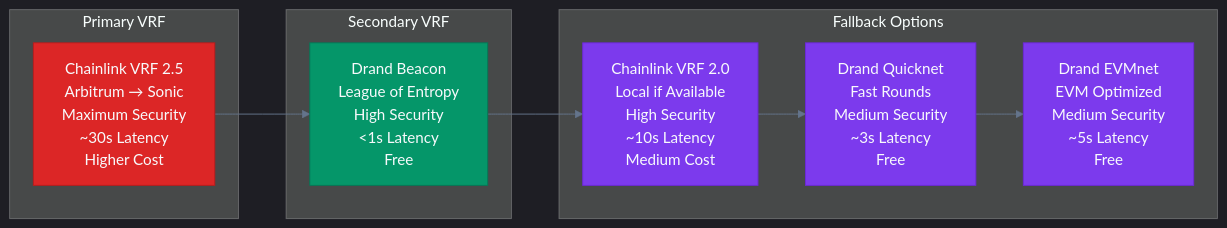
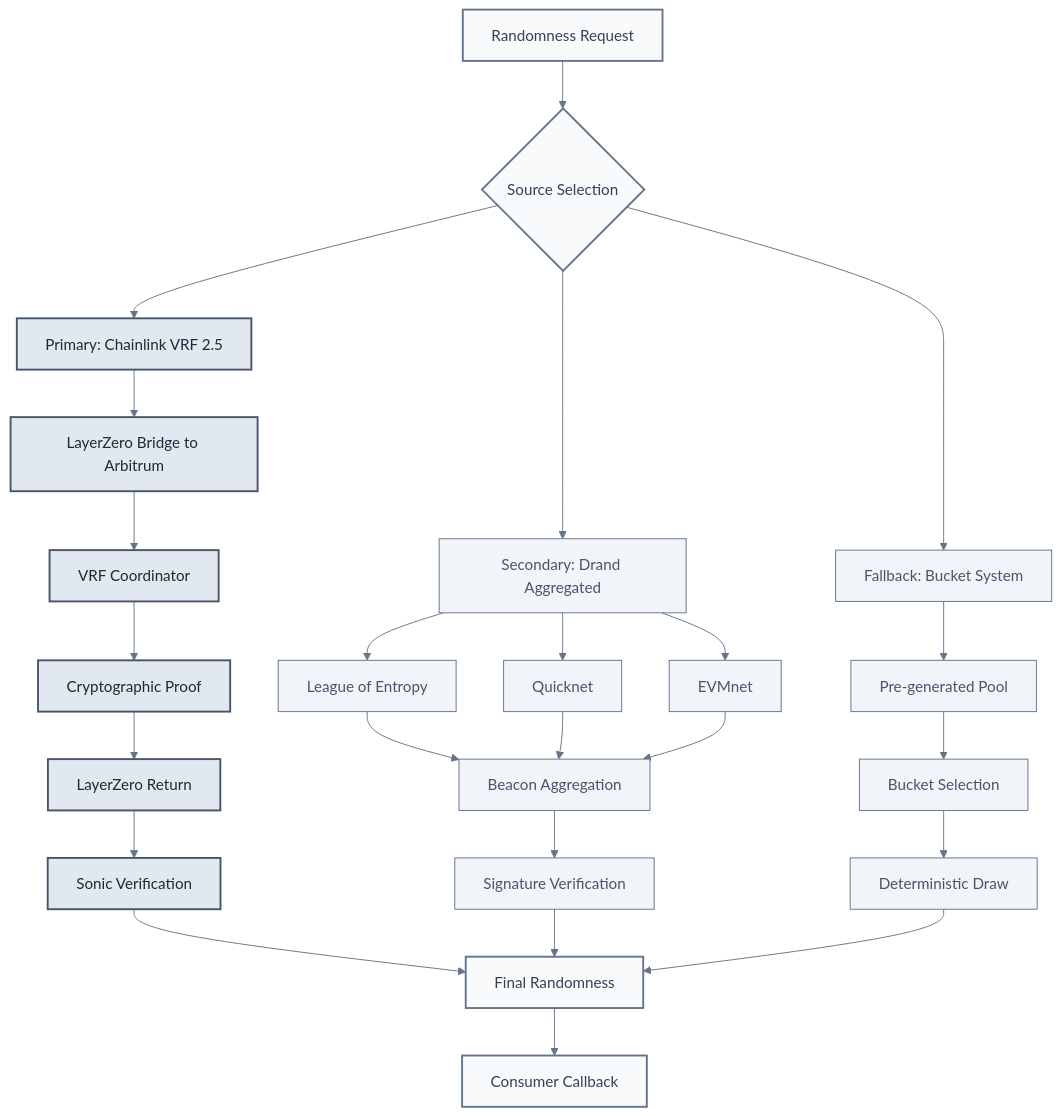
The second of 8 diagrams in docs/contracts/core/randomness-provider.md (wenakita/sonicreddragon-docs), drawn with Mermaid before and after one commit. The commit also changed other lines of this file and 3 other files, not shown here.

````diff
--- a/docs/contracts/core/randomness-provider.md
+++ b/docs/contracts/core/randomness-provider.md
@@ -122,37 +103,53 @@
 ```mermaid
 %%{init: {
-  'theme': 'dark',
+  'theme': 'base',
   'themeVariables': {
-    'primaryColor': '#059669',
-    'primaryTextColor': '#f8fafc',
-    'lineColor': '#64748b'
+    'primaryColor': '#f8fafc',
+    'primaryTextColor': '#334155',
+    'primaryBorderColor': '#64748b',
+    'lineColor': '#64748b',
+    'secondaryColor': '#f1f5f9',
+    'tertiaryColor': '#e2e8f0'
   }
 }}%%
-graph LR
-    subgraph "Primary VRF"
-        CL25["Chainlink VRF 2.5<br/>Arbitrum → Sonic<br/>Maximum Security<br/>~30s Latency<br/>Higher Cost"]
-    end
+
+graph TD
+    A[Randomness Request] --> B{Source Selection}
     
-    subgraph "Secondary VRF"
-        DB["Drand Beacon<br/>League of Entropy<br/>High Security<br/>&lt;1s Latency<br/>Free"]
-    end
+    B --> C[Primary: Chainlink VRF 2.5]
+    B --> D[Secondary: Drand Aggregated]
+    B --> E[Fallback: Bucket System]
     
-    subgraph "Fallback Options"
-        CL20["Chainlink VRF 2.0<br/>Local if Available<br/>High Security<br/>~10s Latency<br/>Medium Cost"]
-        DQ["Drand Quicknet<br/>Fast Rounds<br/>Medium Security<br/>~3s Latency<br/>Free"]
-        DE["Drand EVMnet<br/>EVM Optimized<br/>Medium Security<br/>~5s Latency<br/>Free"]
-    end
+    C --> F[LayerZero Bridge to Arbitrum]
+    F --> G[VRF Coordinator]
+    G --> H[Cryptographic Proof]
+    H --> I[LayerZero Return]
+    I --> J[Sonic Verification]
     
-    CL25 --> DB
-    DB --> CL20
-    CL20 --> DQ
-    DQ --> DE
+    D --> K[League of Entropy]
+    D --> L[Quicknet]
+    D --> M[EVMnet]
+    K --> N[Beacon Aggregation]
+    L --> N
+    M --> N
+    N --> O[Signature Verification]
     
-    classDef primary fill:#dc2626,stroke:#b91c1c,color:#f8fafc
-    classDef secondary fill:#059669,stroke:#047857,color:#f8fafc
-    classDef fallback fill:#7c3aed,stroke:#6d28d9,color:#f8fafc
+    E --> P[Pre-generated Pool]
+    P --> Q[Bucket Selection]
+    Q --> R[Deterministic Draw]
     
-    class CL25 primary
-    class DB secondary
-    class CL20,DQ,DE fallback
+    J --> S[Final Randomness]
+    O --> S
+    R --> S
+    
+    S --> T[Consumer Callback]
+
+    classDef default fill:#f8fafc,stroke:#64748b,stroke-width:2px,color:#334155
+    classDef primary fill:#e2e8f0,stroke:#475569,stroke-width:2px,color:#1e293b
+    classDef secondary fill:#f1f5f9,stroke:#64748b,stroke-width:1px,color:#475569
+    classDef fallback fill:#f1f5f9,stroke:#64748b,stroke-width:1px,color:#475569
+    
+    class C,F,G,H,I,J primary
+    class D,K,L,M,N,O secondary
+    class E,P,Q,R fallback
 ```
````
